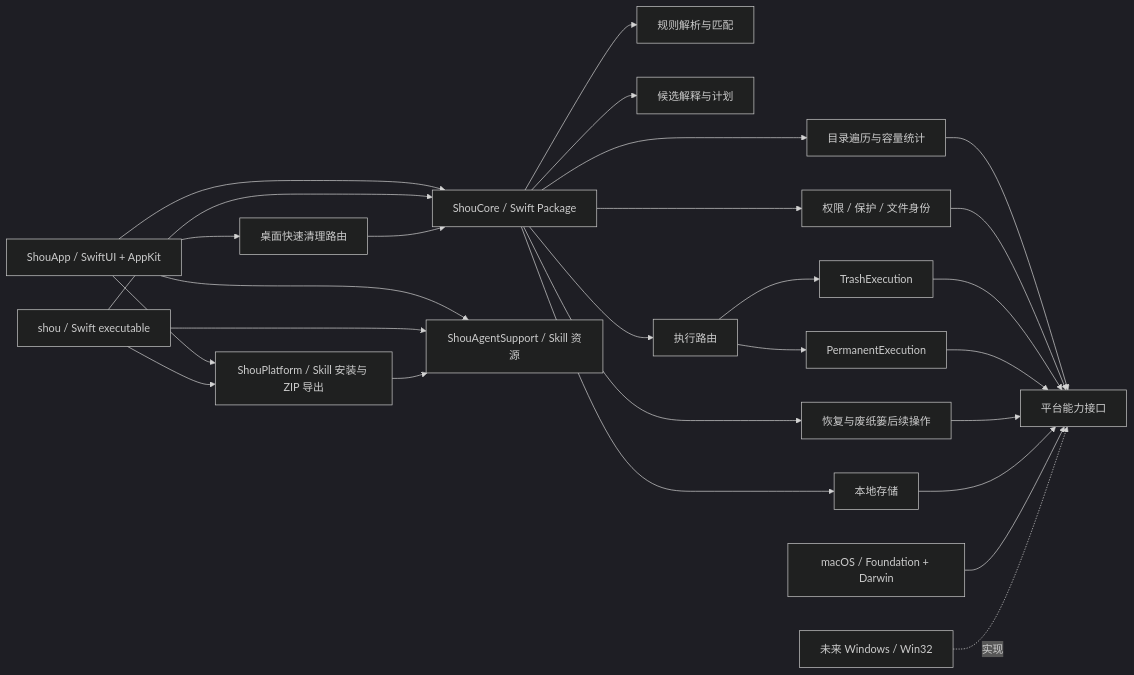
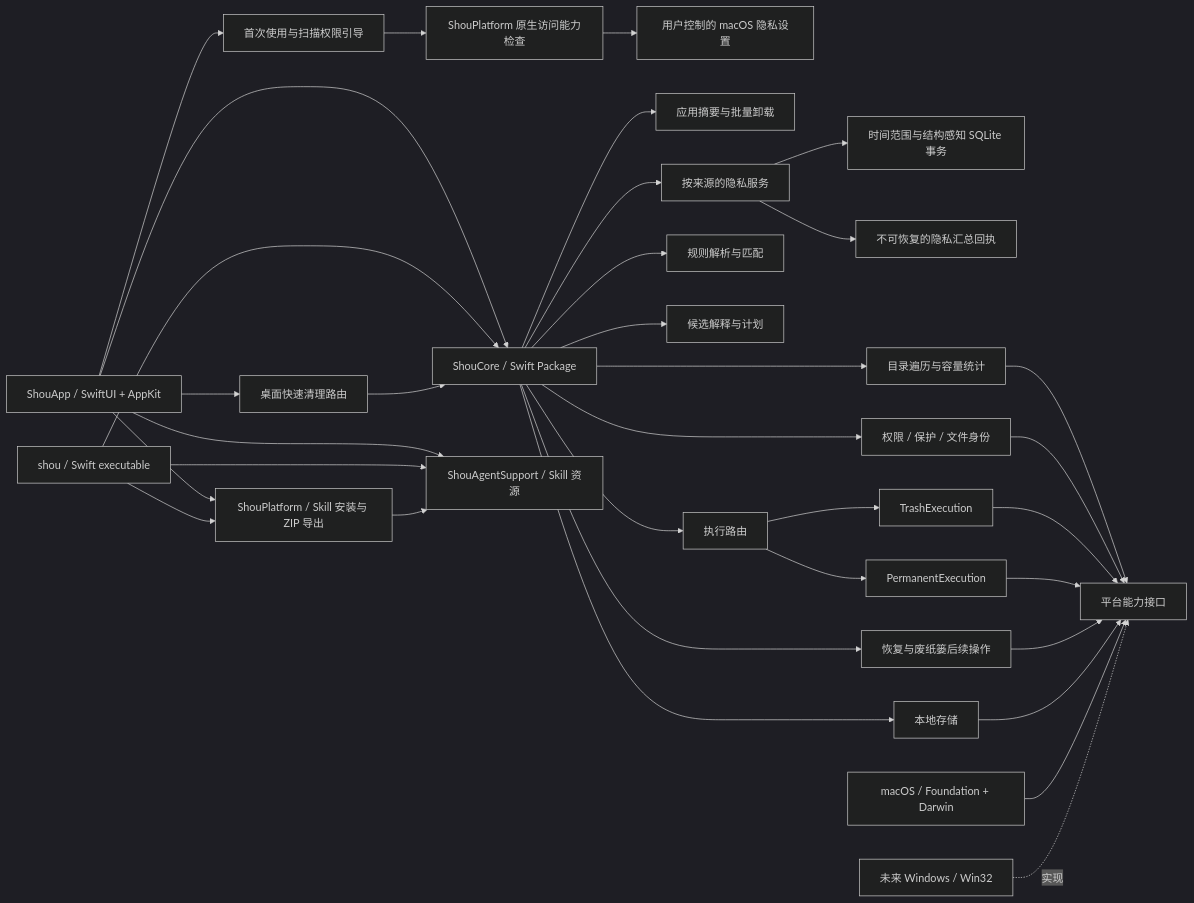
One commit to limecloud/shou changed the second of 6 diagrams in docs/zh-CN/architecture/system-design.md. Above: the diagram before and after it, drawn with Mermaid (dark theme). The commit also changed other lines of this file and 117 other files, not shown here.

````diff
--- a/docs/zh-CN/architecture/system-design.md
+++ b/docs/zh-CN/architecture/system-design.md
@@ -47,29 +47,36 @@
 ```mermaid
 flowchart LR
+    Setup[首次使用与扫描权限引导] --> Access[ShouPlatform 原生访问能力检查]
+    Access --> Privacy[用户控制的 macOS 隐私设置]
     App[ShouApp / SwiftUI + AppKit] --> Core[ShouCore / Swift Package]
+    App --> Setup
     App --> AgentSupport[ShouAgentSupport / Skill 资源]
     CLI --> AgentSupport
     App --> SkillInstall[ShouPlatform / Skill 安装与 ZIP 导出]
     CLI --> SkillInstall
     SkillInstall --> AgentSupport
     CLI[shou / Swift executable] --> Core
     App --> Quick[桌面快速清理路由]
     Quick --> Core
+    Core --> Uninstall[应用摘要与批量卸载]
+    Core --> PrivacyService[按来源的隐私服务]
+    PrivacyService --> SQLite[时间范围与结构感知 SQLite 事务]
+    PrivacyService --> PrivacyReceipts[不可恢复的隐私汇总回执]
     Core --> Rules[规则解析与匹配]
     Core --> Scanner[目录遍历与容量统计]
     Core --> Planner[候选解释与计划]
     Core --> Safety[权限 / 保护 / 文件身份]
     Core --> Router[执行路由]
     Router --> TrashExec[TrashExecution]
     Router --> PurgeExec[PermanentExecution]
     Core --> FollowUp[恢复与废纸篓后续操作]
     Core --> Persistence[本地存储]
     Scanner --> Platform[平台能力接口]
     Safety --> Platform
     TrashExec --> Platform
     PurgeExec --> Platform
     FollowUp --> Platform
     Persistence --> Platform
     Mac[macOS / Foundation + Darwin] --> Platform
     Win[未来 Windows / Win32] -.实现.-> Platform
 ```
````
